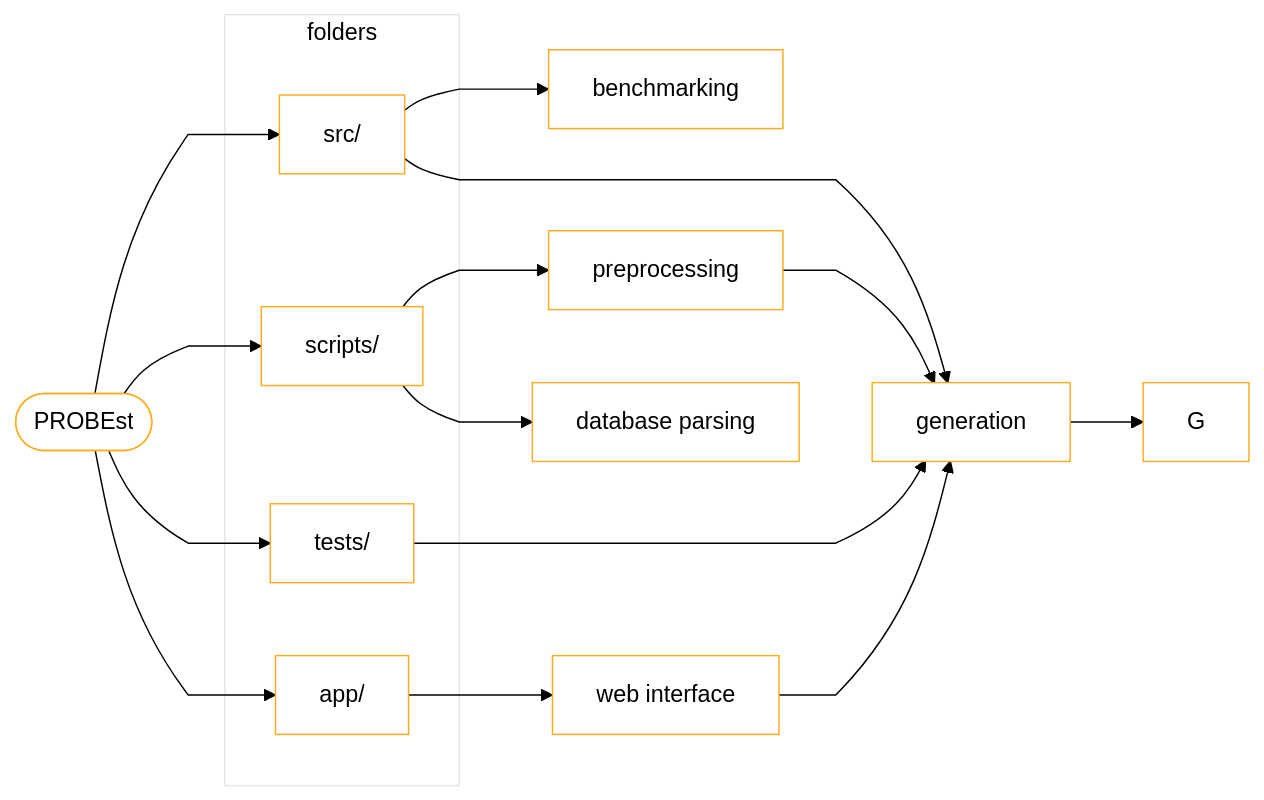
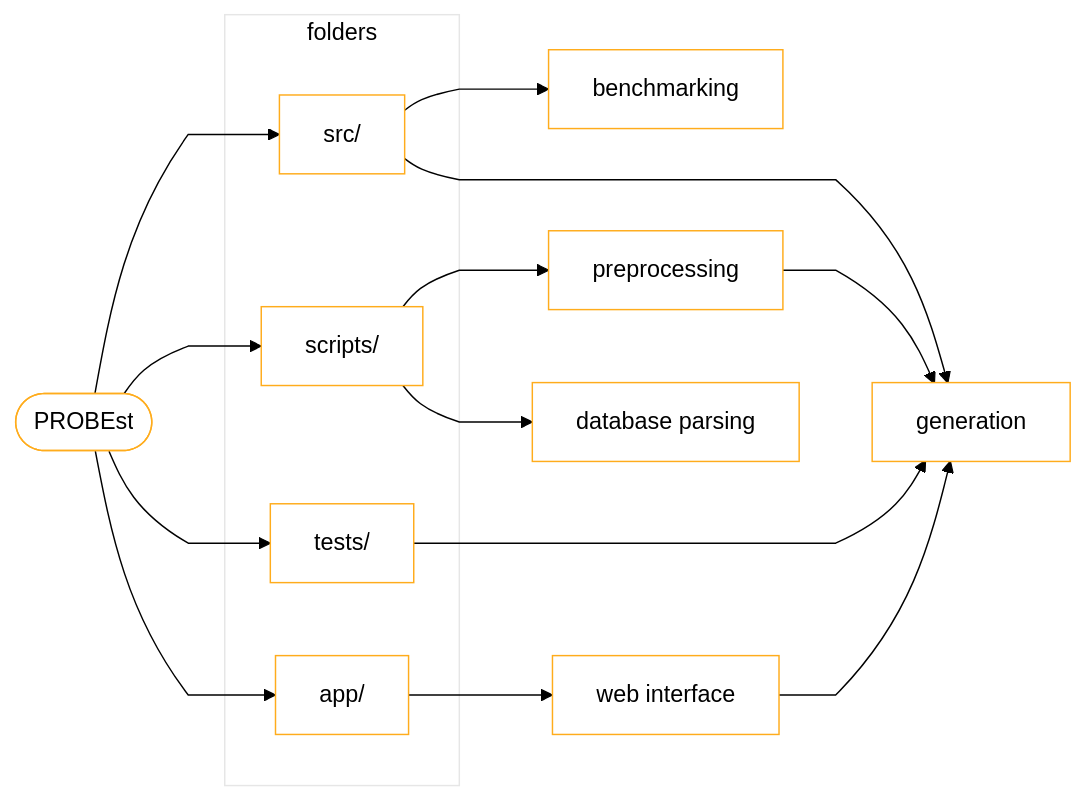
The third of 3 diagrams in README.md (CTLab-ITMO/PROBEst), drawn with Mermaid before and after one commit. The commit also changed other lines of this file and 3 other files, not shown here.

````diff
--- a/README.md
+++ b/README.md
@@ -259,50 +252,49 @@
 ```mermaid
 ---
 config:
   theme: neutral
   look: classic
 ---
 %%{init: {
   'theme': 'base',
   'themeVariables': {
     'fontFamily': 'arial',
     'fontSize': '16px',
     'primaryColor': '#fff',
     'primaryBorderColor': '#FFAC1C',
     'primaryTextColor': '#000',
     'lineColor': '#000',
     'secondaryColor': '#90EE90',
     'tertiaryColor': '#fff',
     'subgraphBorderStyle': 'dotted'
   },
   'flowchart': {
     'curve': 'monotoneY',
     'padding': 15
   }
 }}%%
 
 graph LR
     PROBEst([PROBEst]) --> src[src/]
     PROBEst --> scripts[scripts/]
     PROBEst --> tests[tests/]
     PROBEst --> app[app/]
 
     subgraph folders
     src
     scripts
     tests
     app
     end
     
     src --> C[benchmarking]
     src --> A[generation]
     tests --> A
     
     scripts --> D[preprocessing]
     scripts --> B[database parsing]
     D --> A
     
     app --> E[web interface]
     E --> A
-    A --> G
 ```
````
